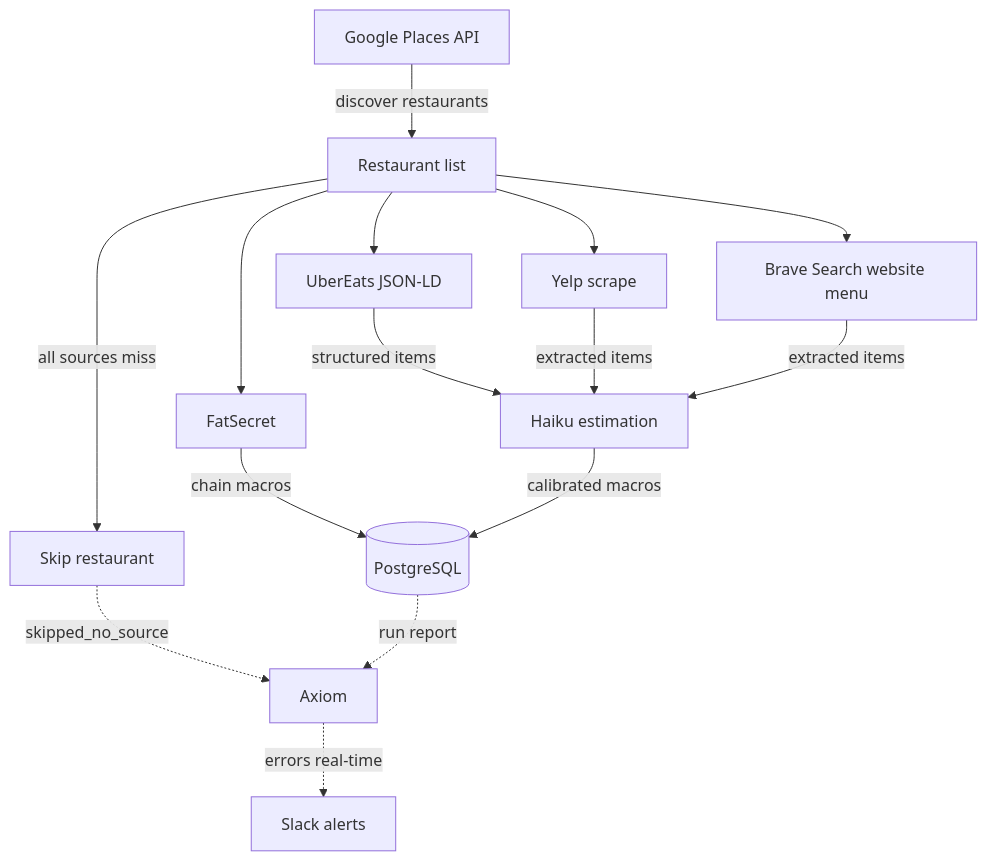
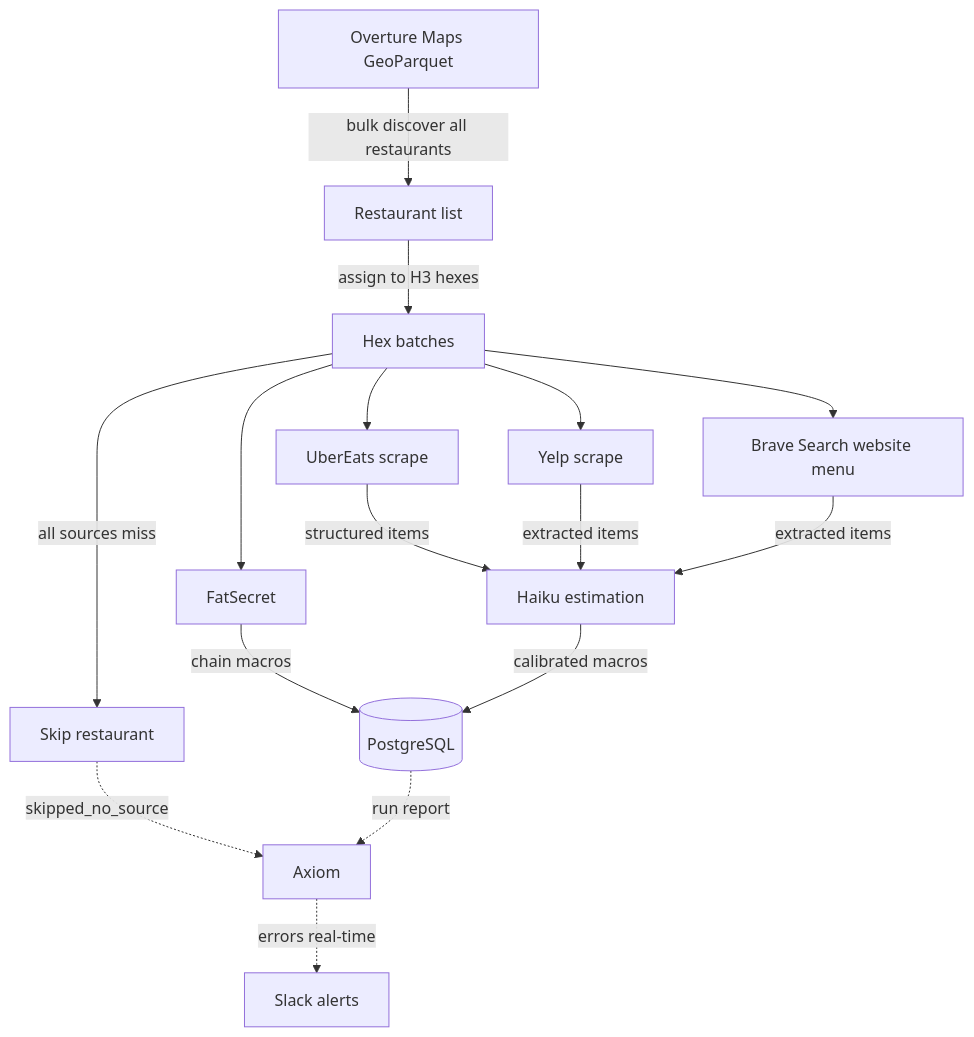
The diagram in docs/engineering/specs/data-pipeline-v3.md (dgmolla/fitsy), drawn with Mermaid before and after one commit. The commit also changed other lines of this file and 16 other files, not shown here.

````diff
--- a/docs/engineering/specs/data-pipeline-v3.md
+++ b/docs/engineering/specs/data-pipeline-v3.md
@@ -41,19 +43,20 @@
 ```mermaid
 graph TD
-    GP[Google Places API] -->|discover restaurants| R[Restaurant list]
-    R --> FS[FatSecret]
-    R --> UE[UberEats JSON-LD]
-    R --> YP[Yelp scrape]
-    R --> BS[Brave Search website menu]
+    OM[Overture Maps GeoParquet] -->|bulk discover all restaurants| R[Restaurant list]
+    R -->|assign to H3 hexes| HEX[Hex batches]
+    HEX --> FS[FatSecret]
+    HEX --> UE[UberEats scrape]
+    HEX --> YP[Yelp scrape]
+    HEX --> BS[Brave Search website menu]
 
     FS -->|chain macros| DB[(PostgreSQL)]
     UE -->|structured items| H[Haiku estimation]
     YP -->|extracted items| H
     BS -->|extracted items| H
     H -->|calibrated macros| DB
 
-    R -->|all sources miss| SK[Skip restaurant]
+    HEX -->|all sources miss| SK[Skip restaurant]
     SK -.->|skipped_no_source| AX[Axiom]
     AX -.->|errors real-time| SL[Slack alerts]
     DB -.->|run report| AX
 ```
````
